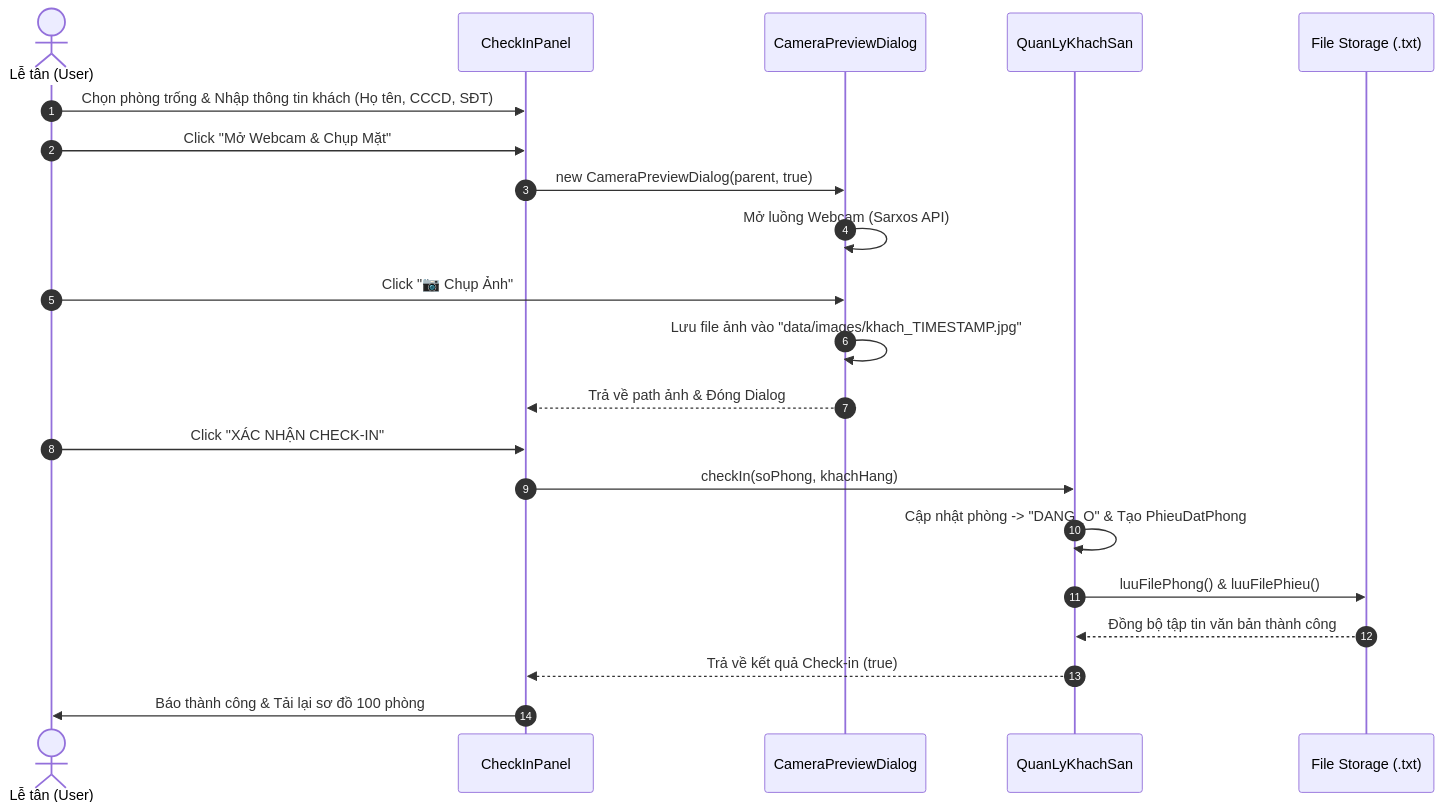
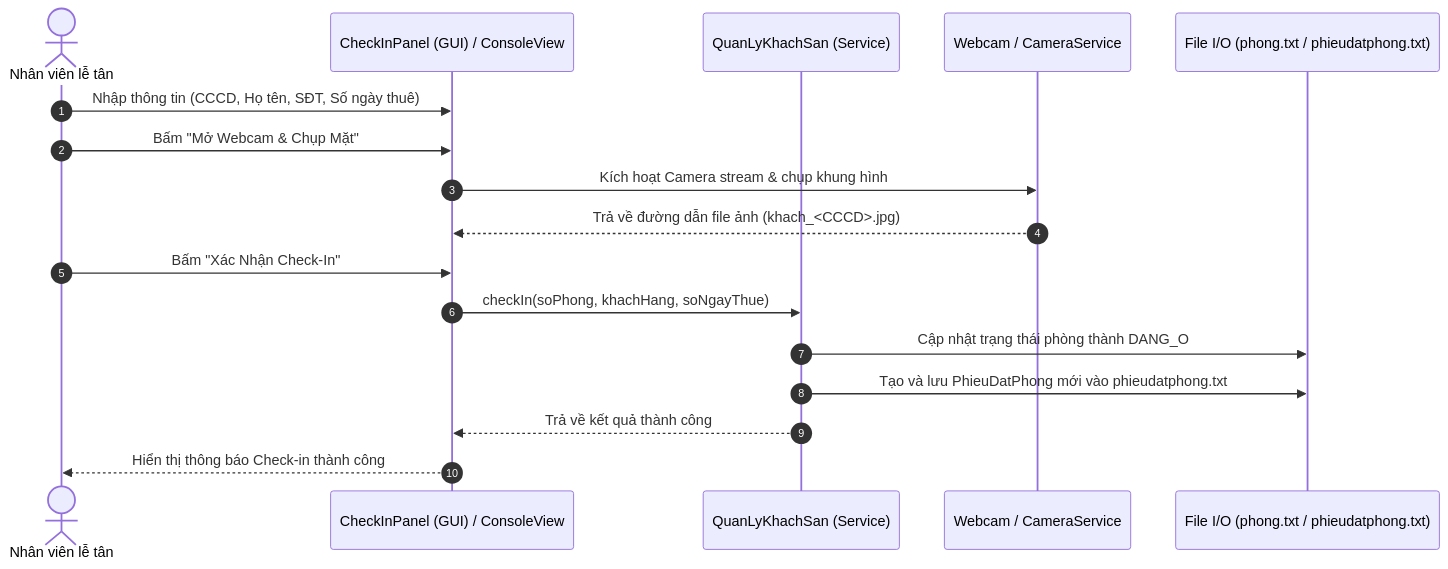
The diagram in docs/diagrams/sequence_checkin.mmd (NNTTuan/HotelBookingSystem), drawn with Mermaid before and after one commit. The commit also changed 7 other files, not shown here.

```diff
--- a/docs/diagrams/sequence_checkin.mmd
+++ b/docs/diagrams/sequence_checkin.mmd
@@ -1,24 +1,18 @@
 sequenceDiagram
     autonumber
-    actor Staff as Lễ tân (User)
-    participant UI as CheckInPanel
-    participant CamDlg as CameraPreviewDialog
-    participant QLKS as QuanLyKhachSan
-    participant File as File Storage (.txt)
+    actor User as Nhân viên lễ tân
+    participant UI as CheckInPanel (GUI) / ConsoleView
+    participant QLKS as QuanLyKhachSan (Service)
+    participant Cam as Webcam / CameraService
+    participant File as File I/O (phong.txt / phieudatphong.txt)
 
-    Staff->>UI: Chọn phòng trống & Nhập thông tin khách (Họ tên, CCCD, SĐT)
-    Staff->>UI: Click "Mở Webcam & Chụp Mặt"
-    UI->>CamDlg: new CameraPreviewDialog(parent, true)
-    CamDlg->>CamDlg: Mở luồng Webcam (Sarxos API)
-
-    Staff->>CamDlg: Click "📷 Chụp Ảnh"
-    CamDlg->>CamDlg: Lưu file ảnh vào "data/images/khach_TIMESTAMP.jpg"
-    CamDlg-->>UI: Trả về path ảnh & Đóng Dialog
-
-    Staff->>UI: Click "XÁC NHẬN CHECK-IN"
-    UI->>QLKS: checkIn(soPhong, khachHang)
-    QLKS->>QLKS: Cập nhật phòng -> "DANG_O" & Tạo PhieuDatPhong
-    QLKS->>File: luuFilePhong() & luuFilePhieu()
-    File-->>QLKS: Đồng bộ tập tin văn bản thành công
-    QLKS-->>UI: Trả về kết quả Check-in (true)
-    UI->>Staff: Báo thành công & Tải lại sơ đồ 100 phòng
+    User->>UI: Nhập thông tin (CCCD, Họ tên, SĐT, Số ngày thuê)
+    User->>UI: Bấm "Mở Webcam & Chụp Mặt"
+    UI->>Cam: Kích hoạt Camera stream & chụp khung hình
+    Cam-->>UI: Trả về đường dẫn file ảnh (khach_<CCCD>.jpg)
+    User->>UI: Bấm "Xác Nhận Check-In"
+    UI->>QLKS: checkIn(soPhong, khachHang, soNgayThue)
+    QLKS->>File: Cập nhật trạng thái phòng thành DANG_O
+    QLKS->>File: Tạo và lưu PhieuDatPhong mới vào phieudatphong.txt
+    QLKS-->>UI: Trả về kết quả thành công
+    UI-->>User: Hiển thị thông báo Check-in thành công
```
